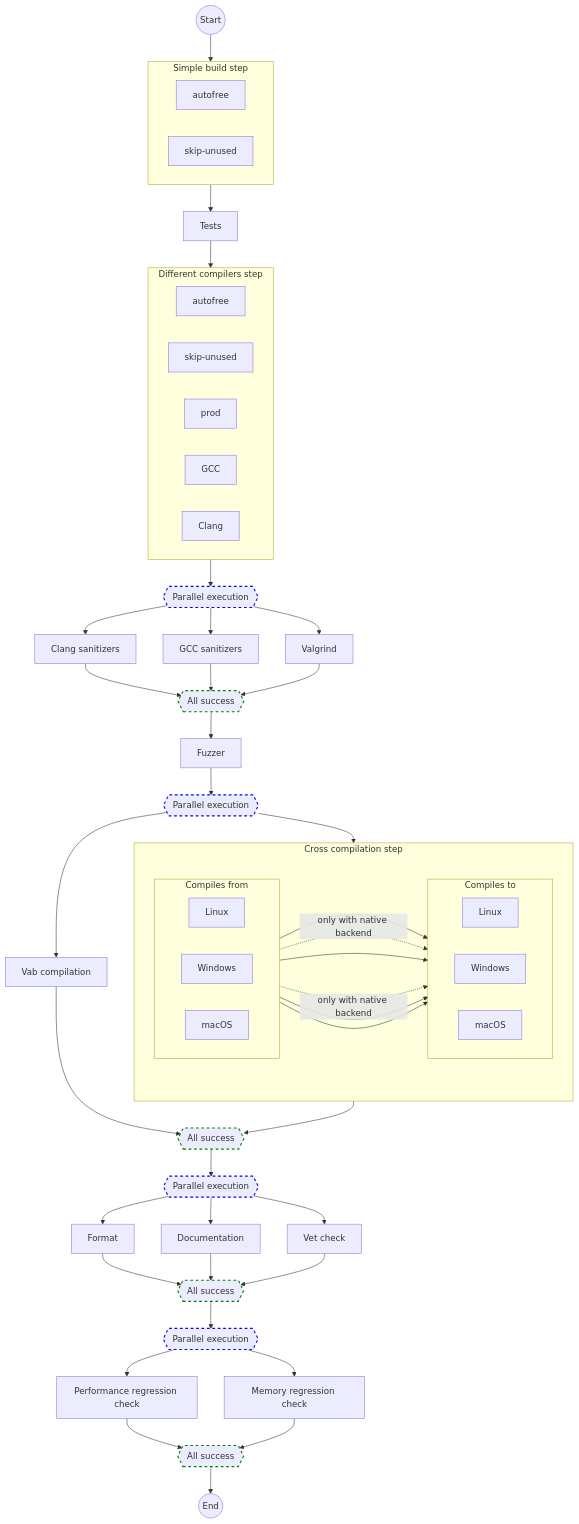
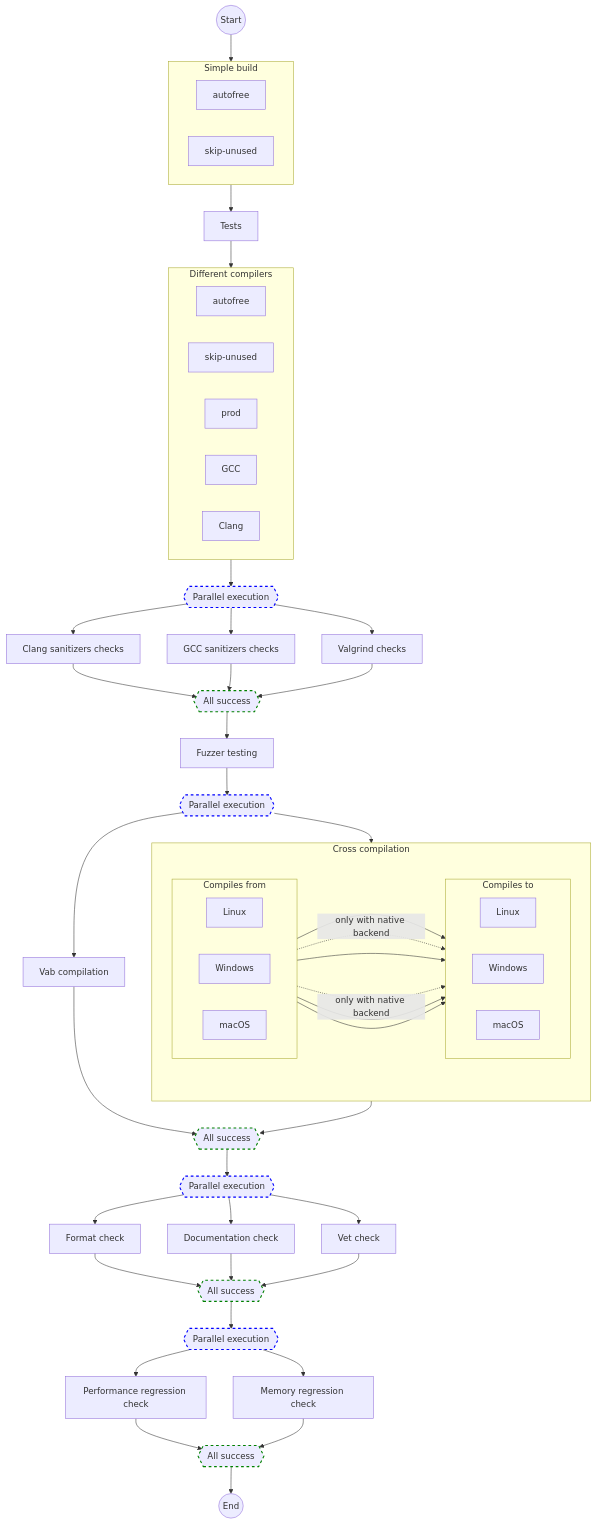
Before and after one commit to ArtemkaKun/v-project-basement: the diagram in README.md, drawn with Mermaid. The commit also changed other lines of this file, not shown here.

````diff
--- a/README.md
+++ b/README.md
@@ -3,70 +20,70 @@
 ```mermaid
 graph TD
 	autofree_node[autofree]
 	skip_unused_node[skip-unused]
 
-	subgraph Simple_build_step[Simple build step]
+	subgraph Simple_build_step[Simple build]
 		autofree_node
 		skip_unused_node
 	end
 
 	autofree_node_1[autofree]
 	skip_unused_node_1[skip-unused]
 	prod_node[prod]
 	gcc_node[GCC]
 	clang_node[Clang]
 
-	subgraph Different_compilers_step[Different compilers step]
+	subgraph Different_compilers_step[Different compilers]
 		autofree_node_1
 		skip_unused_node_1
 		prod_node
 		gcc_node
 		clang_node
 	end
 
-	subgraph Cross_compilation_step[Cross compilation step]
+	subgraph Cross_compilation_step[Cross compilation]
     subgraph Compile_from_system[Compiles from]
       direction LR
 		  linux_base[Linux]
 		  windows_base[Windows]
       macos_base[macOS]
     end
 
     subgraph Compile_to_system[Compiles to]
       direction LR
       linux_out[Linux]
 		  windows_out[Windows]
       macos_out[macOS]
     end
     
     linux_base --> windows_out
     linux_base -.-> |only with native backend|macos_out
     
     windows_base --> linux_out
     windows_base -.-> |only with native backend|macos_out
     
     macos_base --> windows_out
     macos_base --> linux_out
 	end
 
 	style parallel_exec1 stroke:blue,stroke-width:2px,stroke-dasharray: 5 5
-  style parallel_exec2 stroke:blue,stroke-width:2px,stroke-dasharray: 5 5
-  style parallel_exec3 stroke:blue,stroke-width:2px,stroke-dasharray: 5 5
-  style parallel_exec4 stroke:blue,stroke-width:2px,stroke-dasharray: 5 5
+	style parallel_exec2 stroke:blue,stroke-width:2px,stroke-dasharray: 5 5
+	style parallel_exec3 stroke:blue,stroke-width:2px,stroke-dasharray: 5 5
+	style parallel_exec4 stroke:blue,stroke-width:2px,stroke-dasharray: 5 5
   
 	style all_success1 stroke:green,stroke-width:2px,stroke-dasharray: 5 5
 	style all_success2 stroke:green,stroke-width:2px,stroke-dasharray: 5 5
 	style all_success3 stroke:green,stroke-width:2px,stroke-dasharray: 5 5
 	style all_success4 stroke:green,stroke-width:2px,stroke-dasharray: 5 5
 
 	start_node((Start)) 
-  --> Simple_build_step
-  --> tests_node[Tests]
+	--> Simple_build_step
+	--> tests_node[Tests]
 	--> Different_compilers_step
-	--> parallel_exec1{{Parallel execution}} --> clang_sanitizers_node[Clang sanitizers] & gcc_sanitizers_node[GCC sanitizers] & valgrind_node[Valgrind] --> all_success1{{All success}}
-	--> fuzzer_node[Fuzzer]
+	--> parallel_exec1{{Parallel execution}} --> clang_sanitizers_node[Clang sanitizers checks] & gcc_sanitizers_node[GCC sanitizers checks] & valgrind_node[Valgrind checks] --> all_success1{{All success}}
+	--> fuzzer_node[Fuzzer testing]
 	--> parallel_exec2{{Parallel execution}} --> Cross_compilation_step & Vab_compilation_node[Vab compilation] --> all_success2{{All success}}
-	--> parallel_exec3{{Parallel execution}} --> format_node[Format] & documentation_node[Documentation] & vet_node[Vet check] --> all_success3{{All success}}
+	--> parallel_exec3{{Parallel execution}} --> format_node[Format check] & documentation_node[Documentation check] & vet_node[Vet check] --> all_success3{{All success}}
 	--> parallel_exec4{{Parallel execution}} --> performance_regression_node[Performance regression check] & memory_regression_node[Memory regression check] --> all_success4{{All success}}
 	--> end_node((End))
 ```
````
